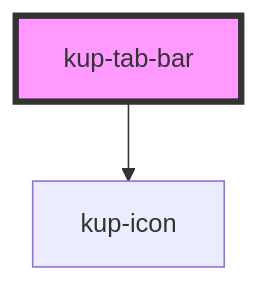
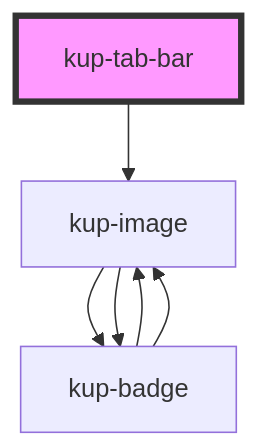
One commit to smeup/ketchup changed the diagram in packages/ketchup/src/components/kup-tab-bar/readme.md. Above: the diagram before and after it, drawn with Mermaid. The commit also changed other lines of this file and 58 other files, not shown here.

Commit message:
Renamed kup-icon to kup-image.

````diff
--- a/packages/ketchup/src/components/kup-tab-bar/readme.md
+++ b/packages/ketchup/src/components/kup-tab-bar/readme.md
@@ -30,5 +30,9 @@
 ```mermaid
 graph TD;
-  kup-tab-bar --> kup-icon
+  kup-tab-bar --> kup-image
+  kup-image --> kup-badge
+  kup-image --> kup-badge
+  kup-badge --> kup-image
+  kup-badge --> kup-image
   style kup-tab-bar fill:#f9f,stroke:#333,stroke-width:4px
 ```
````
